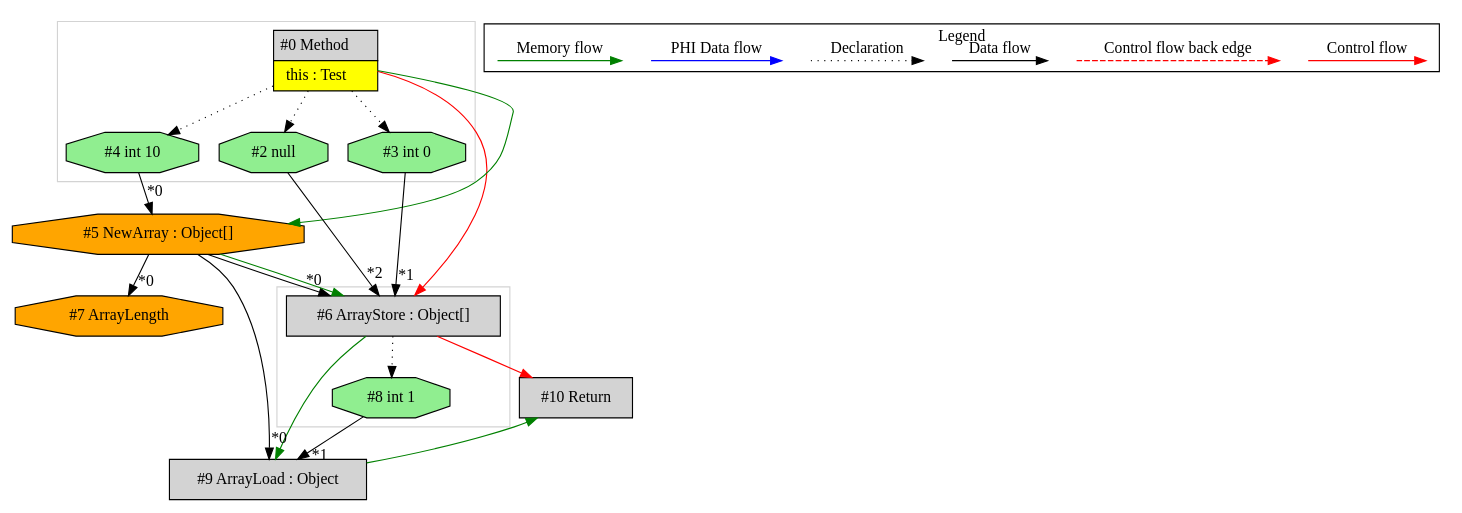
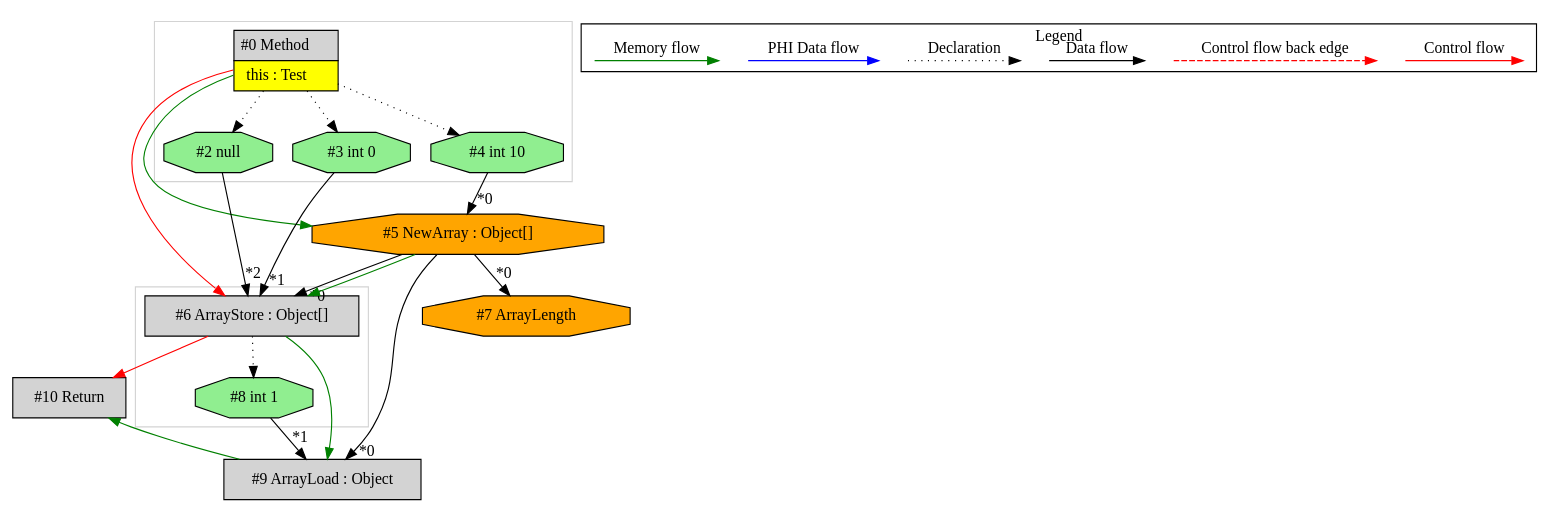
The diagram in de.mirkosertic.metair.ir.OpcodeANEWARRAYTest/test_ANEWARRAY_Object/ir.dot (mirkosertic/MetaIR), drawn with Graphviz before and after one commit. The commit also changed other lines of this file and 636 other files, not shown here.

```diff
--- a/de.mirkosertic.metair.ir.OpcodeANEWARRAYTest/test_ANEWARRAY_Object/ir.dot
+++ b/de.mirkosertic.metair.ir.OpcodeANEWARRAYTest/test_ANEWARRAY_Object/ir.dot
@@ -1,68 +1,68 @@
 digraph {
  ordering="in";
  node0[margin="0", label=<<table border="0" cellborder="1" cellspacing="0" cellpadding="5"><tr><td colspan="1">#0 Method</td></tr><tr><td port="prj1" bgcolor="yellow">this : Test</td></tr></table>>,shape=none, fillcolor=lightgrey, style=filled];
- node2[label="#2 null",shape=octagon, fillcolor=lightgreen, style=filled];
- node0 -> node2[style=dotted];
+ node4[label="#4 int 10",shape=octagon, fillcolor=lightgreen, style=filled];
+ node0 -> node4[style=dotted];
+ node5[label="#5 NewArray : Object[]",shape=octagon, fillcolor=orange, style=filled];
+ node4 -> node5[headlabel="*0", labeldistance=2];
+ node0 -> node5[labeldistance=2, color=green, constraint=false];
+ node9[label="#9 ArrayLoad : Object",shape=box, fillcolor=lightgrey, style=filled];
+ node5 -> node9[headlabel="*0", labeldistance=2];
+ node8 -> node9[headlabel="*1", labeldistance=2];
+ node6 -> node9[labeldistance=2, color=green, constraint=false];
  node6[label="#6 ArrayStore : Object[]",shape=box, fillcolor=lightgrey, style=filled];
  node5 -> node6[headlabel="*0", labeldistance=2];
  node3 -> node6[headlabel="*1", labeldistance=2];
  node2 -> node6[headlabel="*2", labeldistance=2];
  node5 -> node6[labeldistance=2, color=green, constraint=false];
  node0 -> node6[labeldistance=2, color=red, fontcolor=red];
- node5[label="#5 NewArray : Object[]",shape=octagon, fillcolor=orange, style=filled];
- node4 -> node5[headlabel="*0", labeldistance=2];
- node0 -> node5[labeldistance=2, color=green, constraint=false];
- node4[label="#4 int 10",shape=octagon, fillcolor=lightgreen, style=filled];
- node0 -> node4[style=dotted];
- node7[label="#7 ArrayLength",shape=octagon, fillcolor=orange, style=filled];
- node5 -> node7[headlabel="*0", labeldistance=2];
- node9[label="#9 ArrayLoad : Object",shape=box, fillcolor=lightgrey, style=filled];
- node5 -> node9[headlabel="*0", labeldistance=2];
- node8 -> node9[headlabel="*1", labeldistance=2];
- node6 -> node9[labeldistance=2, color=green, constraint=false];
+ node2[label="#2 null",shape=octagon, fillcolor=lightgreen, style=filled];
+ node0 -> node2[style=dotted];
+ node3[label="#3 int 0",shape=octagon, fillcolor=lightgreen, style=filled];
+ node0 -> node3[style=dotted];
  node8[label="#8 int 1",shape=octagon, fillcolor=lightgreen, style=filled];
  node6 -> node8[style=dotted];
  node10[label="#10 Return",shape=box, fillcolor=lightgrey, style=filled];
  node6 -> node10[labeldistance=2, color=red, fontcolor=red];
  node9 -> node10[labeldistance=2, color=green, constraint=false];
- node3[label="#3 int 0",shape=octagon, fillcolor=lightgreen, style=filled];
- node0 -> node3[style=dotted];
+ node7[label="#7 ArrayLength",shape=octagon, fillcolor=orange, style=filled];
+ node5 -> node7[headlabel="*0", labeldistance=2];
  subgraph cluster_0 {
   color=lightgray;
   node6;
   node8;
  }
  subgraph cluster_1 {
   color=lightgray;
   node0;
   node2;
   node3;
   node4;
  }
  subgraph cluster_000 {
   label = "Legend";
   node [shape=point]
   {
    rank=same;
    c0 [style = invis];
    c1 [style = invis];
    c2 [style = invis];
    c3 [style = invis];
    d0 [style = invis];
    d1 [style = invis];
    d2 [style = invis];
    d3 [style = invis];
    d4 [style = invis];
    d5 [style = invis];
    d6 [style = invis];
    d7 [style = invis];
   }
   c0 -> c1 [label="Control flow", style=solid, color=red]
   c2 -> c3 [label="Control flow back edge", style=dashed, color=red]
   d0 -> d1 [label="Data flow"]
   d2 -> d3 [label="Declaration", style=dotted]
   d4 -> d5 [label="PHI Data flow", color=blue]
   d6 -> d7 [label="Memory flow", color=green]
  }
 
 }
```
